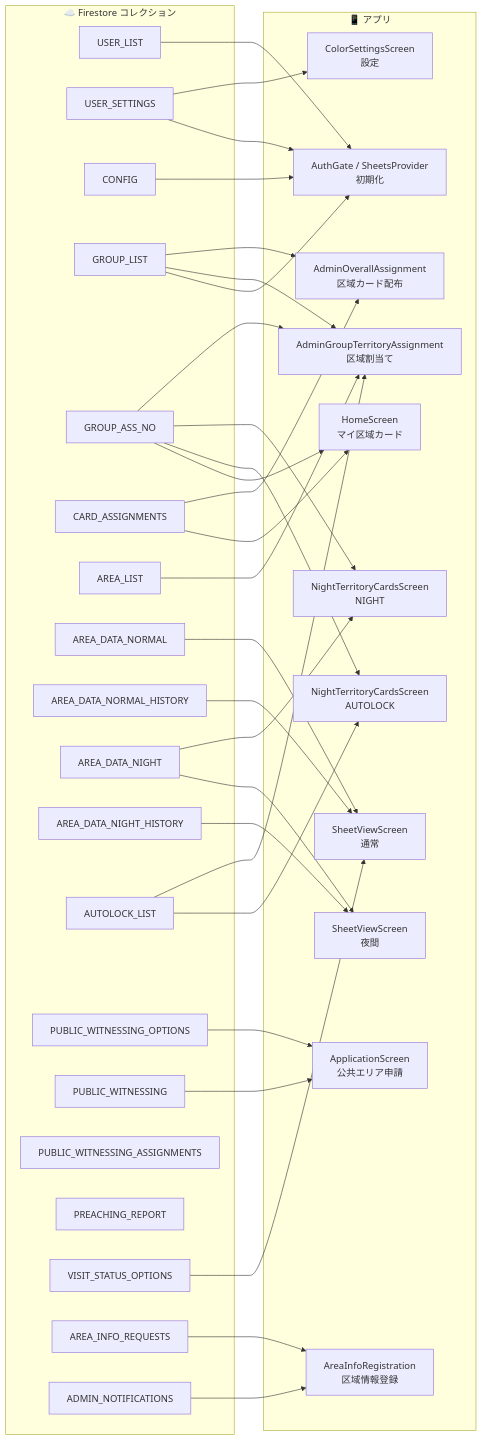
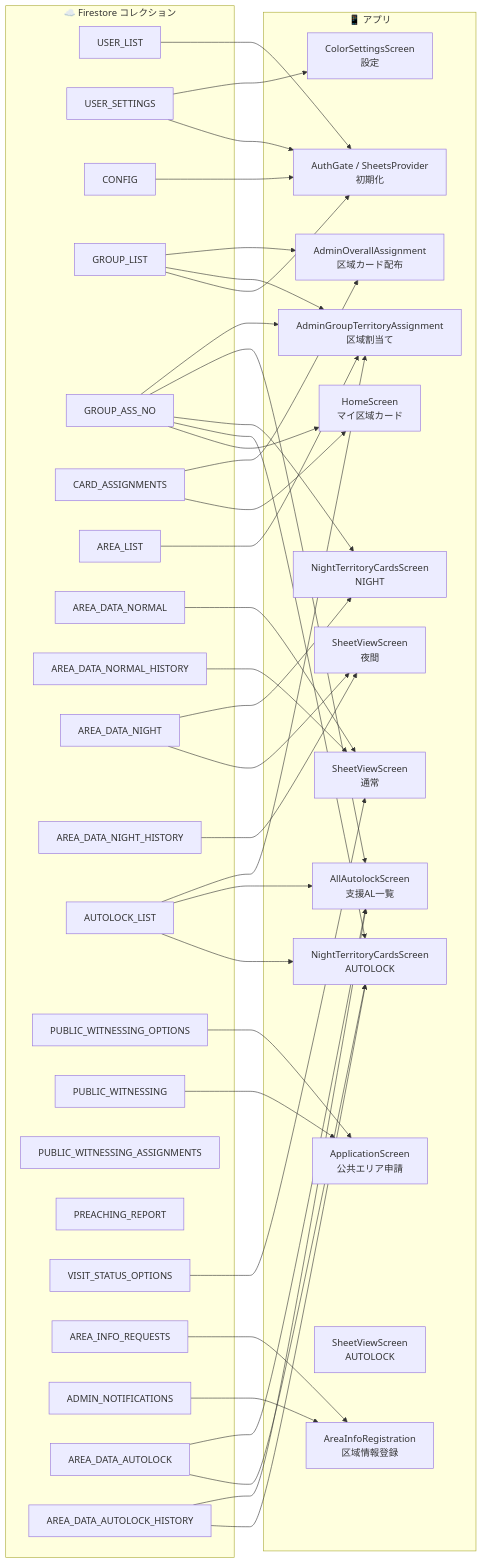
Before and after one commit to kotagit/KARAKIDA-APP: the second of 3 diagrams in README.md, drawn with Mermaid. The commit also changed other lines of this file, not shown here.

First line of the commit message:
docs: READMEのMermaid図を最新状態に更新

````diff
--- a/README.md
+++ b/README.md
@@ -65,71 +74,82 @@
 ```mermaid
 graph LR
     subgraph Firestore["☁️ Firestore コレクション"]
         FS1[USER_LIST]
         FS2[USER_SETTINGS]
         FS3[CONFIG]
         FS4[GROUP_LIST]
         FS5[GROUP_ASS_NO]
         FS6[CARD_ASSIGNMENTS]
         FS7[AREA_LIST]
         FS8[AREA_DATA_NORMAL]
         FS9[AREA_DATA_NORMAL_HISTORY]
         FS10[AREA_DATA_NIGHT]
         FS11[AREA_DATA_NIGHT_HISTORY]
         FS12[AUTOLOCK_LIST]
         FS13[PUBLIC_WITNESSING_OPTIONS]
         FS14[PUBLIC_WITNESSING]
         FS15[PUBLIC_WITNESSING_ASSIGNMENTS]
         FS16[PREACHING_REPORT]
         FS17[VISIT_STATUS_OPTIONS]
         FS18[AREA_INFO_REQUESTS]
         FS19[ADMIN_NOTIFICATIONS]
+        FS20[AREA_DATA_AUTOLOCK]
+        FS21[AREA_DATA_AUTOLOCK_HISTORY]
     end
 
     subgraph App["📱 アプリ"]
         A1[AuthGate / SheetsProvider\n初期化]
         A2[HomeScreen\nマイ区域カード]
         A3[SheetViewScreen\n通常]
         A4[SheetViewScreen\n夜間]
         A5[NightTerritoryCardsScreen\nAUTOLOCK]
         A6[NightTerritoryCardsScreen\nNIGHT]
         A7[ApplicationScreen\n公共エリア申請]
         A8[AdminGroupTerritoryAssignment\n区域割当て]
         A9[AdminOverallAssignment\n区域カード配布]
         A10[AreaInfoRegistration\n区域情報登録]
         A11[ColorSettingsScreen\n設定]
+        A12[SheetViewScreen\nAUTOLOCK]
+        A13[AllAutolockScreen\n支援AL一覧]
     end
 
     FS1 --> A1
     FS2 --> A1
     FS3 --> A1
     FS4 --> A1
 
     FS6 --> A2
     FS5 --> A2
     FS8 --> A3
     FS9 --> A3
     FS17 --> A3
     FS10 --> A4
     FS11 --> A4
     FS5 --> A5
     FS12 --> A5
+    FS20 --> A5
+    FS21 --> A5
     FS5 --> A6
     FS10 --> A6
+
+    FS5 --> A13
+    FS12 --> A13
+    FS20 --> A13
+    FS21 --> A13
 
     FS13 --> A7
     FS14 --> A7
 
     FS7 --> A8
     FS5 --> A8
     FS4 --> A8
     FS12 --> A8
 
     FS6 --> A9
     FS4 --> A9
 
     FS18 --> A10
     FS19 --> A10
 
     FS2 --> A11
 ```
````
